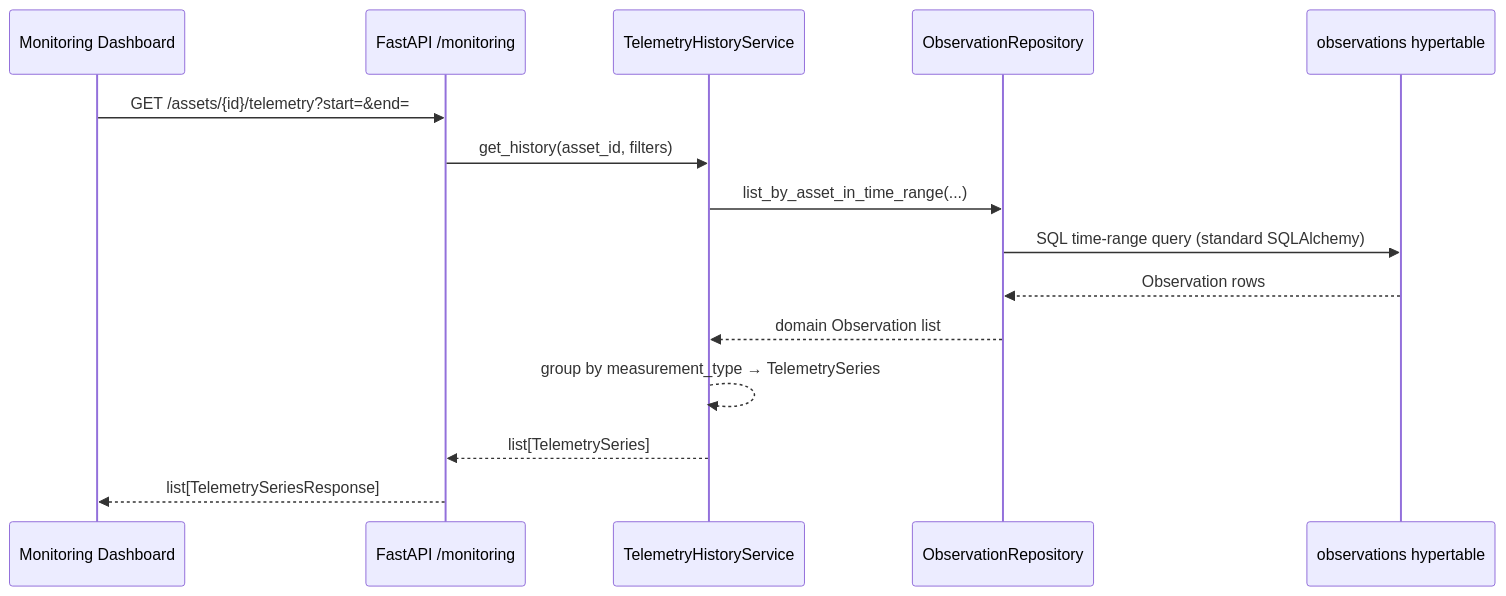
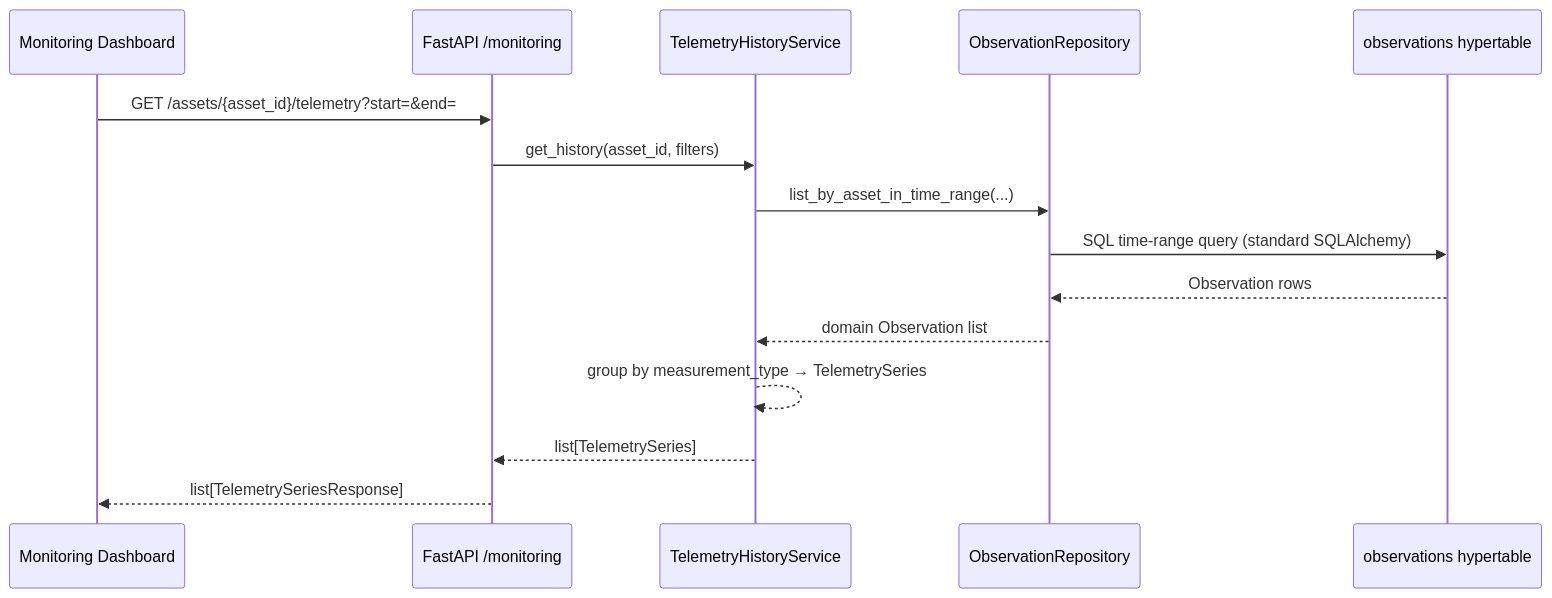
Before and after one commit to Saim-naushad/Odis: the first of 2 diagrams in docs/platform/telemetry-history.md, drawn with Mermaid. The commit also changed other lines of this file and 11 other files, not shown here.

Commit message:
docs: align architecture and platform documentation with v1.0 implementation

````diff
--- a/docs/platform/telemetry-history.md
+++ b/docs/platform/telemetry-history.md
@@ -59,18 +59,18 @@
 ```mermaid
 sequenceDiagram
     participant UI as Monitoring Dashboard
     participant API as FastAPI /monitoring
     participant SVC as TelemetryHistoryService
     participant REPO as ObservationRepository
     participant DB as observations hypertable
 
-    UI->>API: GET /assets/{id}/telemetry?start=&end=
+    UI->>API: GET /assets/{asset_id}/telemetry?start=&end=
     API->>SVC: get_history(asset_id, filters)
     SVC->>REPO: list_by_asset_in_time_range(...)
     REPO->>DB: SQL time-range query (standard SQLAlchemy)
     DB-->>REPO: Observation rows
     REPO-->>SVC: domain Observation list
     SVC-->>SVC: group by measurement_type → TelemetrySeries
     SVC-->>API: list[TelemetrySeries]
     API-->>UI: list[TelemetrySeriesResponse]
 ```
````
